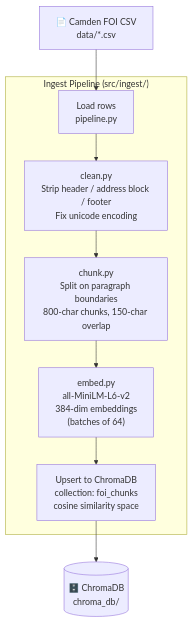
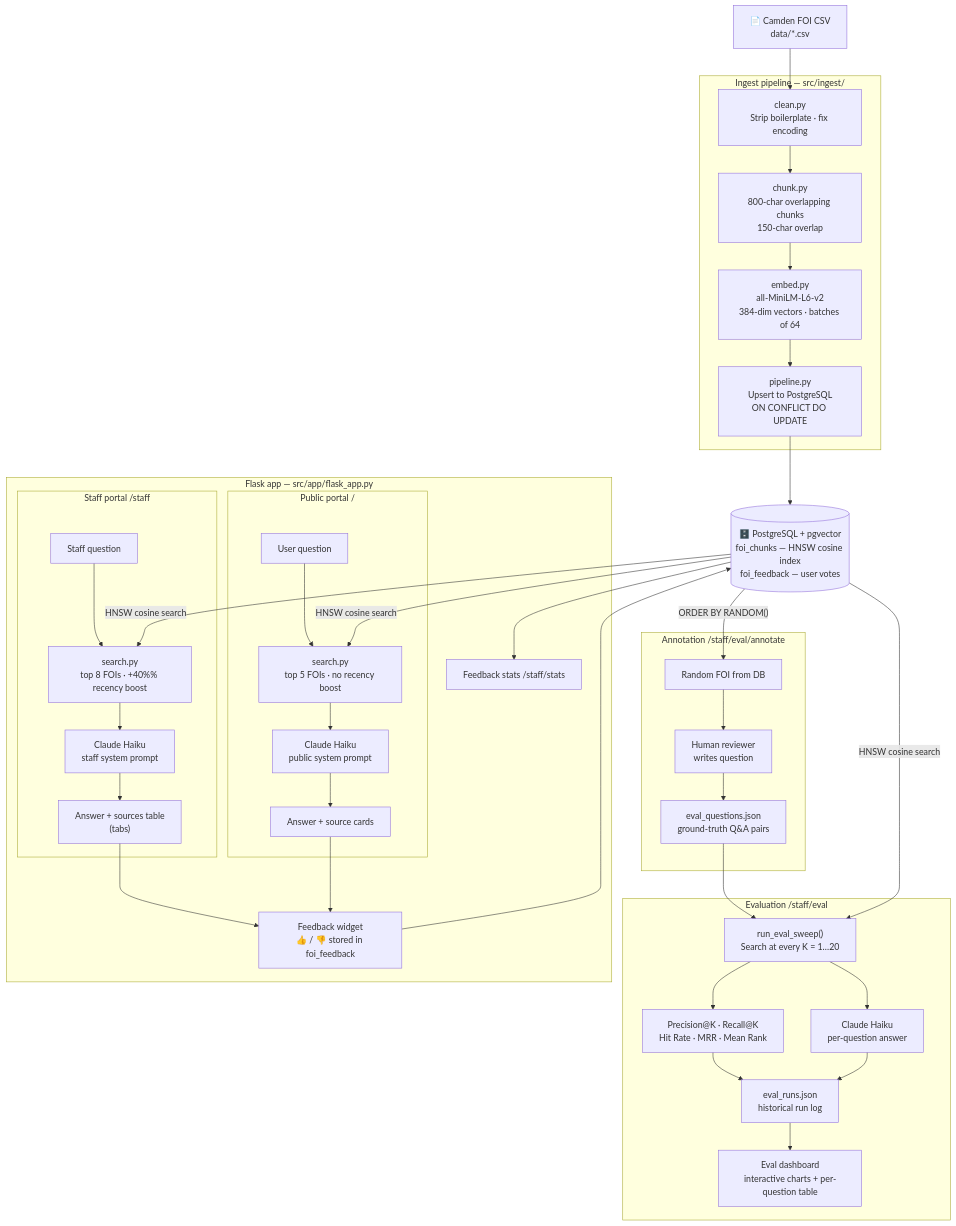
The diagram in docs/architecture.md (rubyimogenjohnson/foi-tool), drawn with Mermaid before and after one commit. The commit also changed other lines of this file and 43 other files, not shown here.

Commit message:
Build full FOI search app

````diff
--- a/docs/architecture.md
+++ b/docs/architecture.md
@@ -11,16 +3,75 @@
 ```mermaid
 flowchart TD
     CSV["📄 Camden FOI CSV\ndata/*.csv"]
 
-    subgraph ingest["Ingest Pipeline (src/ingest/)"]
-        LOAD["Load rows\npipeline.py"]
-        CLEAN["clean.py\nStrip header / address block / footer\nFix unicode encoding"]
-        CHUNK["chunk.py\nSplit on paragraph boundaries\n800-char chunks, 150-char overlap"]
-        EMBED["embed.py\nall-MiniLM-L6-v2\n384-dim embeddings\n(batches of 64)"]
-        UPSERT["Upsert to ChromaDB\ncollection: foi_chunks\ncosine similarity space"]
+    subgraph ingest["Ingest pipeline — src/ingest/"]
+        CLEAN["clean.py\nStrip boilerplate · fix encoding"]
+        CHUNK["chunk.py\n800-char overlapping chunks\n150-char overlap"]
+        EMBED_I["embed.py\nall-MiniLM-L6-v2\n384-dim vectors · batches of 64"]
+        UPSERT["pipeline.py\nUpsert to PostgreSQL\nON CONFLICT DO UPDATE"]
     end
 
-    CHROMA[("🗄️ ChromaDB\nchroma_db/")]
+    DB[("🗄️ PostgreSQL + pgvector\nfoi_chunks — HNSW cosine index\nfoi_feedback — user votes")]
 
-    CSV --> LOAD --> CLEAN --> CHUNK --> EMBED --> UPSERT --> CHROMA
+    subgraph flask["Flask app — src/app/flask_app.py"]
+
+        subgraph public["Public portal  /"]
+            PQ["User question"]
+            PS["search.py\ntop 5 FOIs · no recency boost"]
+            PL["Claude Haiku\npublic system prompt"]
+            PA["Answer + source cards"]
+        end
+
+        subgraph staff["Staff portal  /staff"]
+            SQ["Staff question"]
+            SS["search.py\ntop 8 FOIs · +40%% recency boost"]
+            SL["Claude Haiku\nstaff system prompt"]
+            SA["Answer + sources table\n(tabs)"]
+        end
+
+        FB["Feedback widget\n👍 / 👎 stored in foi_feedback"]
+        STATS["Feedback stats  /staff/stats"]
+    end
+
+    subgraph annotation["Annotation  /staff/eval/annotate"]
+        RAND["Random FOI from DB"]
+        HUMAN["Human reviewer\nwrites question"]
+        EQ["eval_questions.json\nground-truth Q&A pairs"]
+    end
+
+    subgraph evaluation["Evaluation  /staff/eval"]
+        SWEEP["run_eval_sweep()\nSearch at every K = 1…20"]
+        EVAL_LLM["Claude Haiku\nper-question answer"]
+        METRICS["Precision@K · Recall@K\nHit Rate · MRR · Mean Rank"]
+        RUNS["eval_runs.json\nhistorical run log"]
+        DASH["Eval dashboard\ninteractive charts + per-question table"]
+    end
+
+    %% Ingest flow
+    CSV --> CLEAN --> CHUNK --> EMBED_I --> UPSERT --> DB
+
+    %% Public portal flow
+    PQ --> PS
+    DB -->|"HNSW cosine search"| PS
+    PS --> PL --> PA
+    PA --> FB --> DB
+
+    %% Staff portal flow
+    SQ --> SS
+    DB -->|"HNSW cosine search"| SS
+    SS --> SL --> SA
+    SA --> FB
+    DB --> STATS
+
+    %% Annotation flow
+    DB -->|"ORDER BY RANDOM()"| RAND --> HUMAN --> EQ
+
+    %% Evaluation flow
+    EQ --> SWEEP
+    DB -->|"HNSW cosine search"| SWEEP
+    SWEEP --> METRICS
+    SWEEP --> EVAL_LLM
+    METRICS --> RUNS
+    EVAL_LLM --> RUNS
+    RUNS --> DASH
 ```
````
